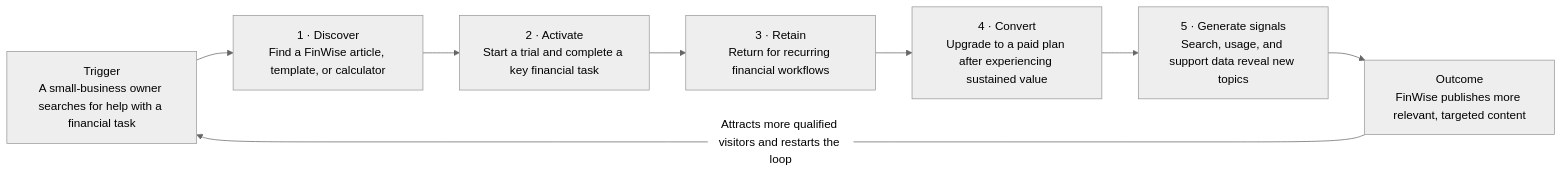
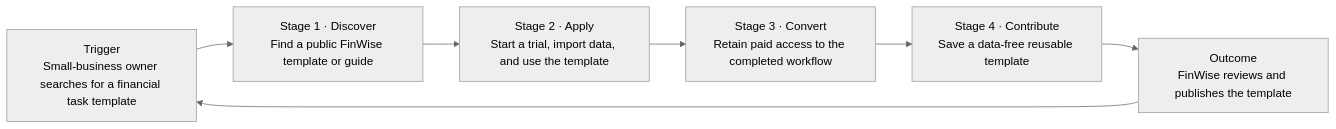
Before and after one commit to malihajahan-collab/FinWise-analytics-Experimentation: the diagram in 01-bet/growth-bet.md, drawn with Mermaid (neutral theme). The commit also changed other lines of this file, not shown here.

First line of the commit message:
Revise growth hypothesis and measurement plan

````diff
--- a/01-bet/growth-bet.md
+++ b/01-bet/growth-bet.md
@@ -29,13 +55,11 @@
 ```mermaid
 flowchart LR
-    A["Trigger<br/>A small-business owner searches for help with a financial task"]
-    B["1 · Discover<br/>Find a FinWise article, template, or calculator"]
-    C["2 · Activate<br/>Start a trial and complete a key financial task"]
-    D["3 · Retain<br/>Return for recurring financial workflows"]
-    E["4 · Convert<br/>Upgrade to a paid plan after experiencing sustained value"]
-    F["5 · Generate signals<br/>Search, usage, and support data reveal new topics"]
-    G["Outcome<br/>FinWise publishes more relevant, targeted content"]
+    A["Trigger<br/>Small-business owner searches for a financial task template"]
+    B["Stage 1 · Discover<br/>Find a public FinWise template or guide"]
+    C["Stage 2 · Apply<br/>Start a trial, import data, and use the template"]
+    D["Stage 3 · Convert<br/>Retain paid access to the completed workflow"]
+    E["Stage 4 · Contribute<br/>Save a data-free reusable template"]
+    F["Outcome<br/>FinWise reviews and publishes the template"]
 
-    A --> B --> C --> D --> E --> F --> G
-    G -->|"Attracts more qualified visitors and restarts the loop"| A
+    A --> B --> C --> D --> E --> F --> A
 ```
````
